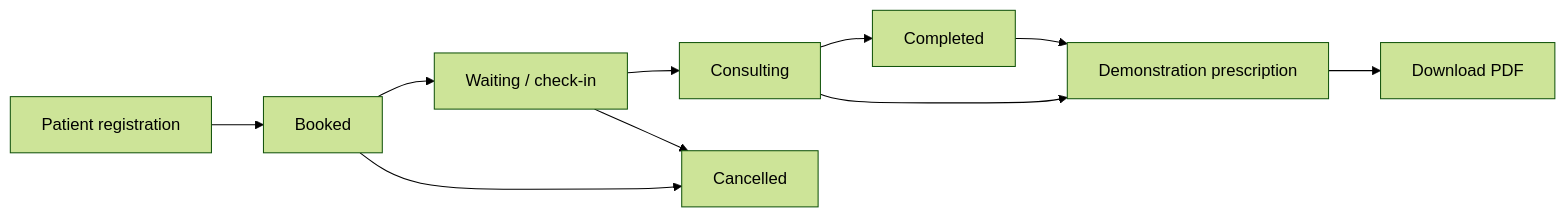
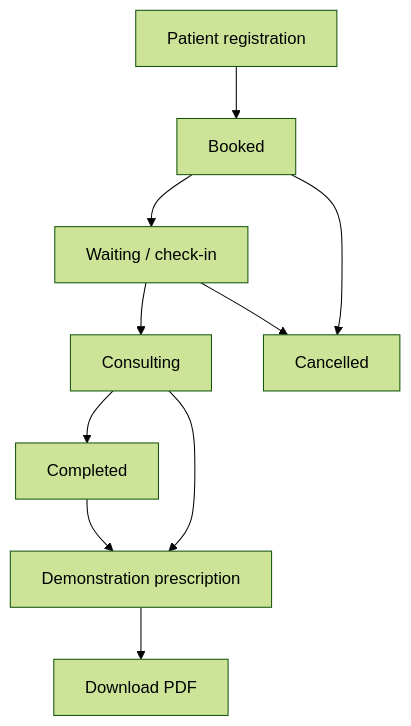
Before and after one commit to harsha-nm/MediFlow: the second of 3 diagrams in README.md, drawn with Mermaid (forest theme). The commit also changed other lines of this file, not shown here.

Commit message:
Fix Mermaid diagram rendering

````diff
--- a/README.md
+++ b/README.md
@@ -57,12 +57,12 @@
 ```mermaid
-flowchart LR
+graph TD
     P[Patient registration] --> B[Booked]
     B --> W[Waiting / check-in]
     W --> C[Consulting]
     C --> F[Completed]
     B --> X[Cancelled]
     W --> X
     C --> R[Demonstration prescription]
     F --> R
     R --> PDF[Download PDF]
 ```
````
